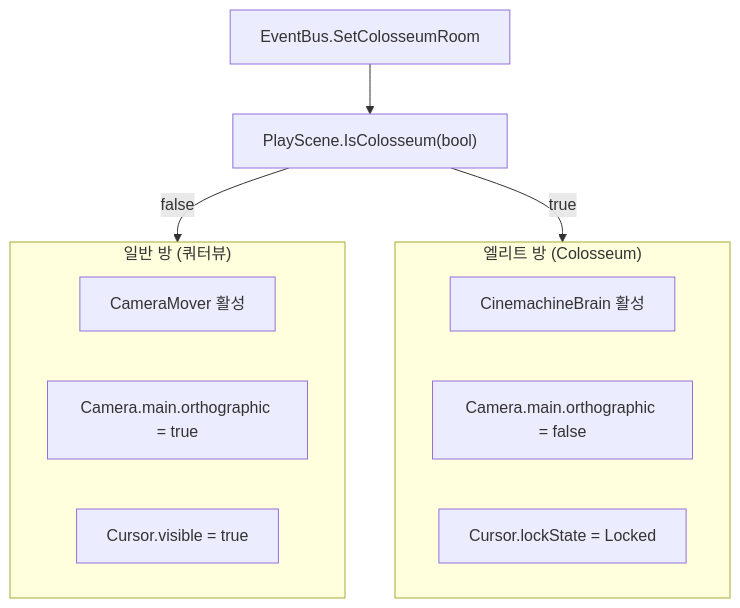
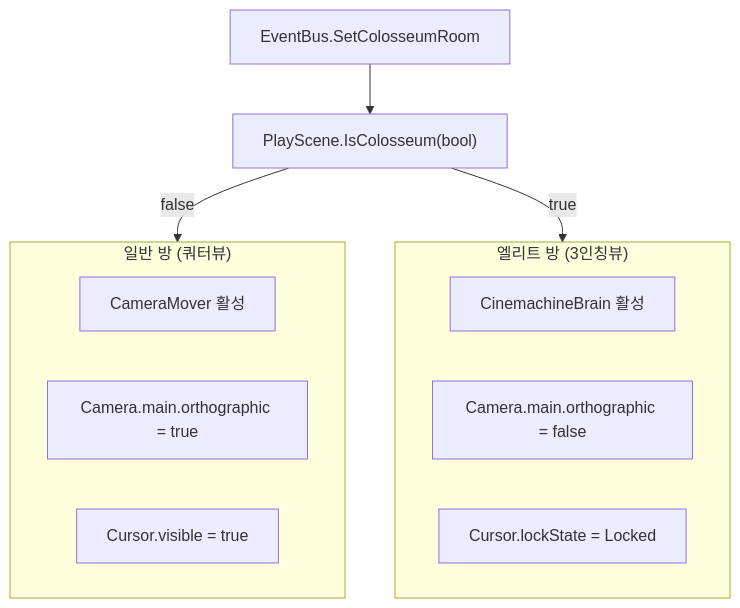
Before and after one commit to TeamNemesis/ProjectNemesis: the fourth of 5 diagrams in README.md, drawn with Mermaid.

````diff
--- a/README.md
+++ b/README.md
@@ -197,21 +197,21 @@
 ```mermaid
 flowchart TB
     subgraph Normal["일반 방 (쿼터뷰)"]
         CameraMover["CameraMover 활성"]
         Ortho["Camera.main.orthographic = true"]
         CursorShow["Cursor.visible = true"]
     end
 
-    subgraph Colosseum["엘리트 방 (Colosseum)"]
+    subgraph Colosseum["엘리트 방 (3인칭뷰)"]
         Cinemachine["CinemachineBrain 활성"]
         Perspective["Camera.main.orthographic = false"]
         CursorLock["Cursor.lockState = Locked"]
     end
 
     EventBus["EventBus.SetColosseumRoom"]
     IsColosseum["PlayScene.IsColosseum(bool)"]
 
     EventBus --> IsColosseum
     IsColosseum -->|"false"| Normal
     IsColosseum -->|"true"| Colosseum
 ```
````
